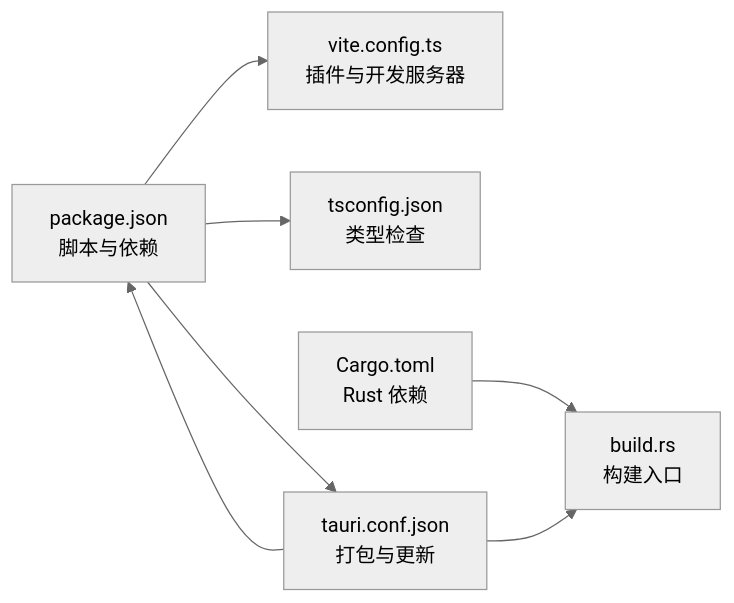
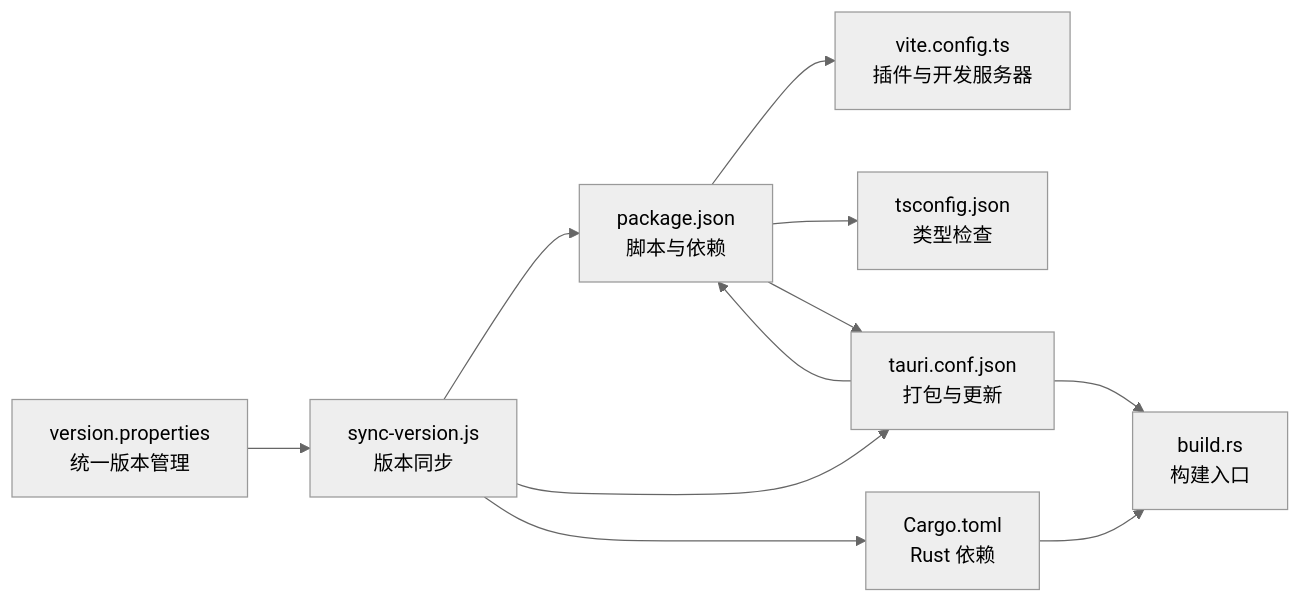
The third of 3 diagrams in doc/repowiki/zh/content/开发指南/开发工作流程/持续集成与部署.md (YLee9527/Medex), drawn with Mermaid (neutral theme) before and after one commit. The commit also changed other lines of this file and 31 other files, not shown here.

First line of the commit message:
docs(doc): 添加部署脚本、锁屏功能、发布指南及设置按钮图标文档

````diff
--- a/doc/repowiki/zh/content/开发指南/开发工作流程/持续集成与部署.md
+++ b/doc/repowiki/zh/content/开发指南/开发工作流程/持续集成与部署.md
@@ -190,9 +233,13 @@
 ```mermaid
 graph LR
 PJ["package.json<br/>脚本与依赖"] --> VC["vite.config.ts<br/>插件与开发服务器"]
 PJ --> TC["tsconfig.json<br/>类型检查"]
 PJ --> TAURI["tauri.conf.json<br/>打包与更新"]
 CT["Cargo.toml<br/>Rust 依赖"] --> BR["build.rs<br/>构建入口"]
 TAURI --> BR
 TAURI --> PJ
+VP["version.properties<br/>统一版本管理"] --> SV["sync-version.js<br/>版本同步"]
+SV --> PJ
+SV --> TAURI
+SV --> CT
 ```
````
